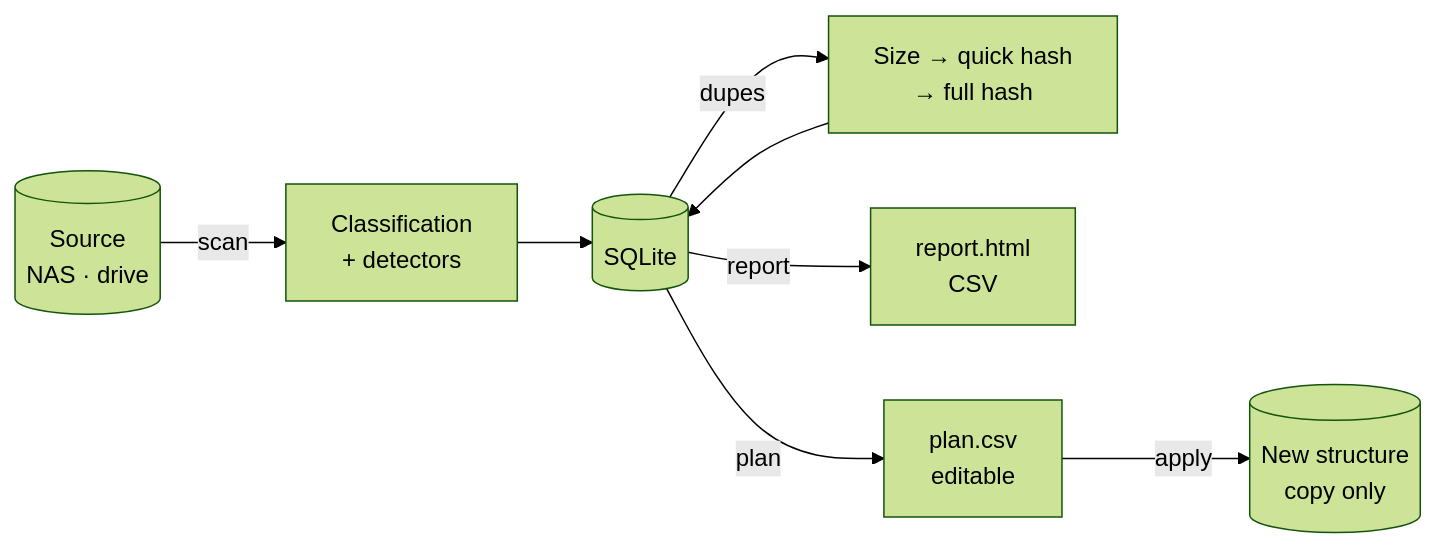
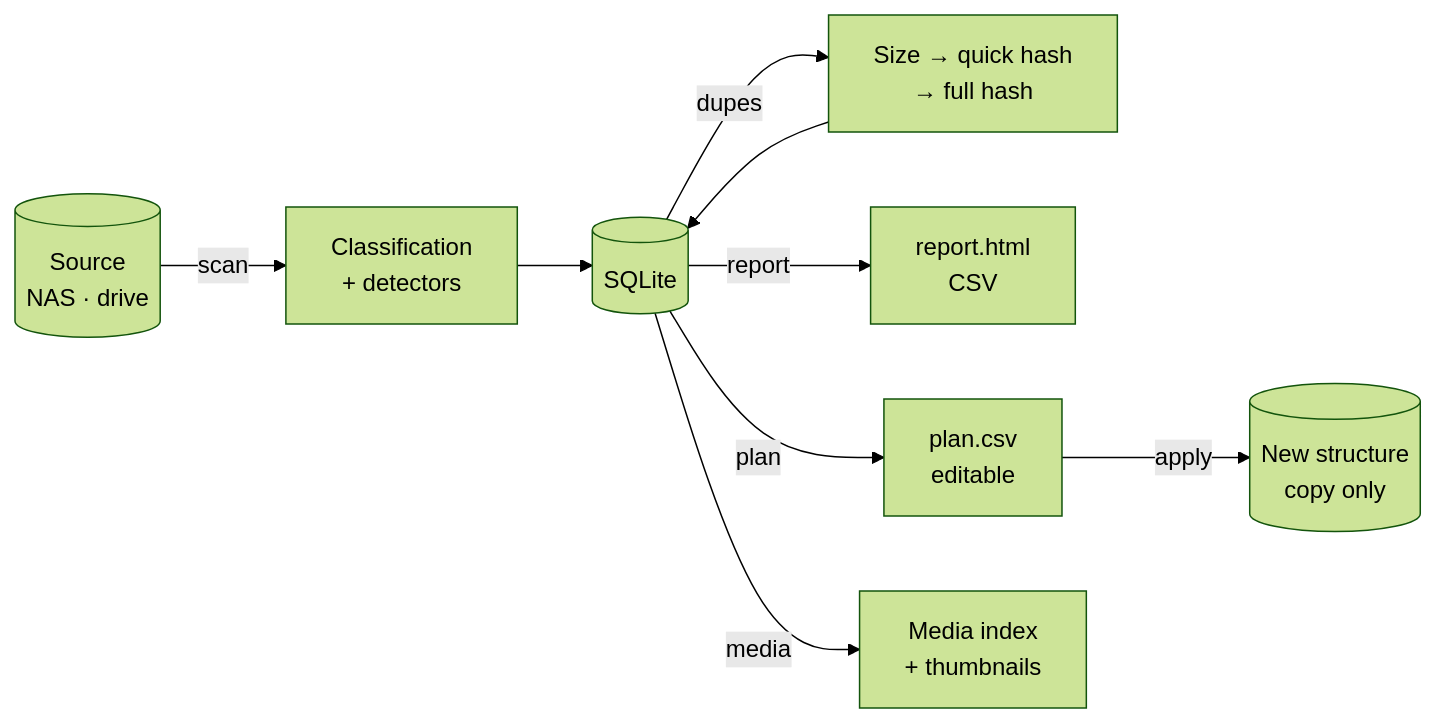
The diagram in README.md (isaacagudo/archivero), drawn with Mermaid (forest theme) before and after one commit. The commit also changed other lines of this file and 12 other files, not shown here.

First line of the commit message:
M0: media index (archivero media)

````diff
--- a/README.md
+++ b/README.md
@@ -99,10 +116,11 @@
 ```mermaid
 flowchart LR
     A[(Source<br/>NAS · drive)] -->|scan| B[Classification<br/>+ detectors]
     B --> D[(SQLite)]
     D -->|dupes| C[Size → quick hash<br/>→ full hash]
     C --> D
     D -->|report| R[report.html<br/>CSV]
     D -->|plan| P[plan.csv<br/>editable]
+    D -->|media| M[Media index<br/>+ thumbnails]
     P -->|apply| N[(New structure<br/>copy only)]
 ```
````
